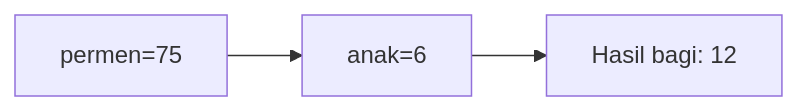
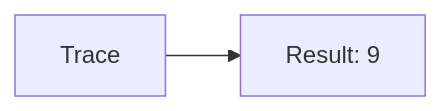
Before and after one commit to amnahwaida/OSNK_INF_PREP: diagram 13 of 25 in part-c-pemahaman-cpp/01-tipe-data/latihan/set-08.md, drawn with Mermaid. The commit also changed other lines of this file and 71 other files, not shown here.

````diff
--- a/part-c-pemahaman-cpp/01-tipe-data/latihan/set-08.md
+++ b/part-c-pemahaman-cpp/01-tipe-data/latihan/set-08.md
@@ -337,5 +274,4 @@
 ```mermaid
 graph LR
-A["permen=75"] --> B["anak=6"]
-B --> C["Hasil bagi: 12"]
+A[Trace] --> B[Result: 9]
 ```
````
